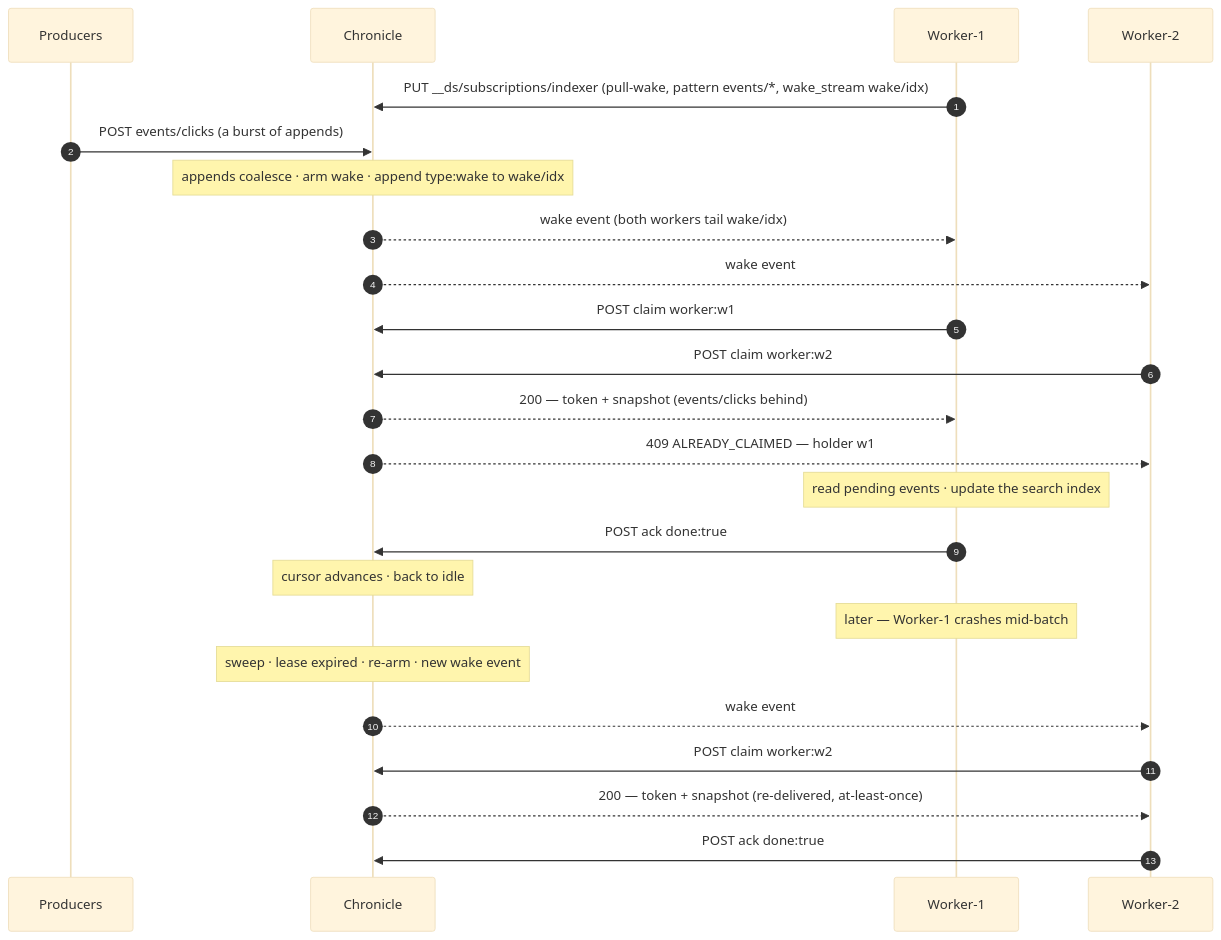
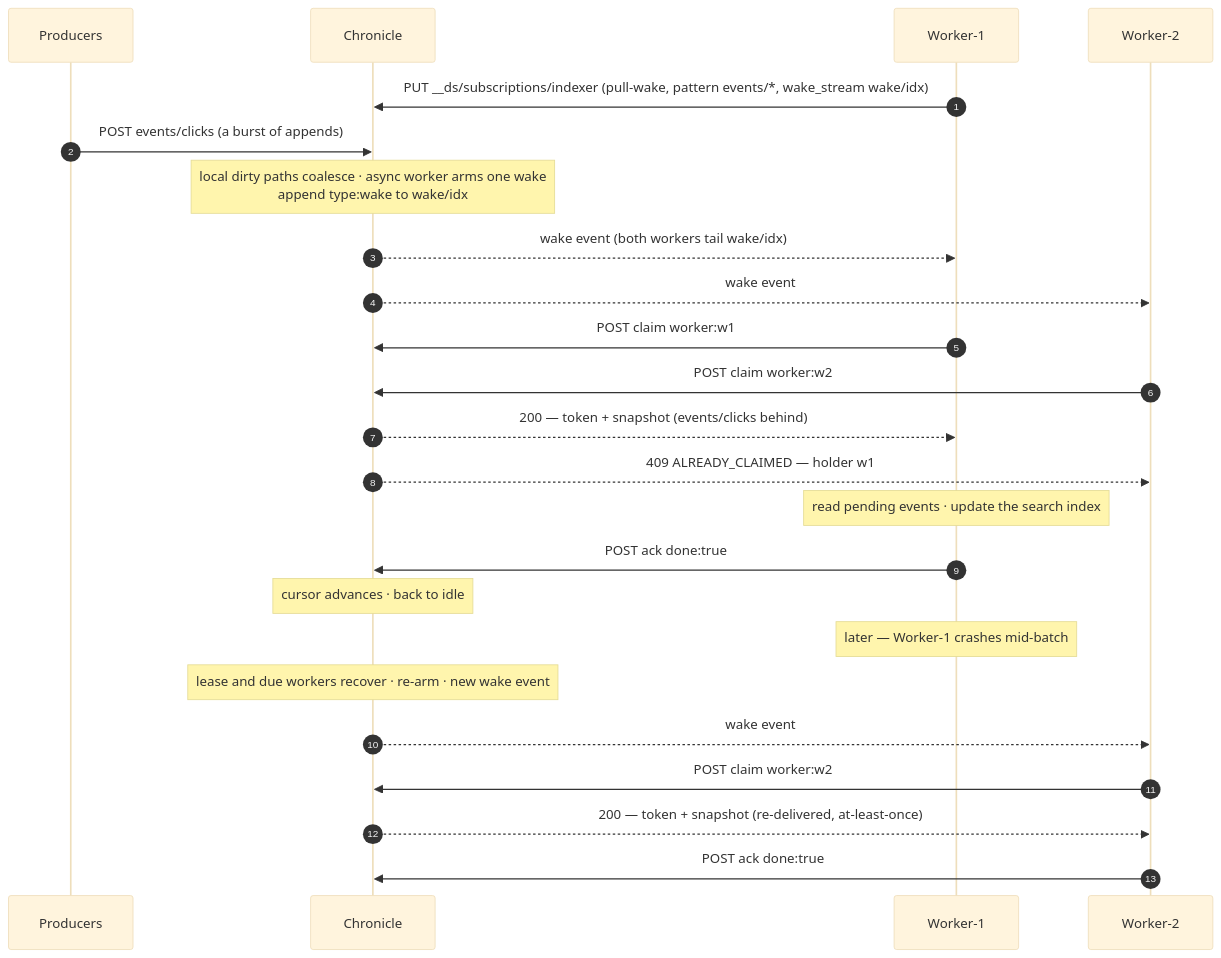
Before and after one commit to adityavkk/chronicle: the diagram in docs-site/diagrams/seq-uc-pullwake.mmd, drawn with Mermaid (base theme). The commit also changed 30 other files, not shown here.

```diff
--- a/docs-site/diagrams/seq-uc-pullwake.mmd
+++ b/docs-site/diagrams/seq-uc-pullwake.mmd
@@ -1,24 +1,24 @@
 sequenceDiagram
     autonumber
     participant P as Producers
     participant S as Chronicle
     participant W1 as Worker-1
     participant W2 as Worker-2
     W1->>S: PUT __ds/subscriptions/indexer (pull-wake, pattern events/*, wake_stream wake/idx)
     P->>S: POST events/clicks (a burst of appends)
-    Note over S: appends coalesce · arm wake · append type:wake to wake/idx
+    Note over S: local dirty paths coalesce · async worker arms one wake<br/>append type:wake to wake/idx
     S-->>W1: wake event (both workers tail wake/idx)
     S-->>W2: wake event
     W1->>S: POST claim worker:w1
     W2->>S: POST claim worker:w2
     S-->>W1: 200 — token + snapshot (events/clicks behind)
     S-->>W2: 409 ALREADY_CLAIMED — holder w1
     Note over W1: read pending events · update the search index
     W1->>S: POST ack done:true
     Note over S: cursor advances · back to idle
     Note over W1: later — Worker-1 crashes mid-batch
-    Note over S: sweep · lease expired · re-arm · new wake event
+    Note over S: lease and due workers recover · re-arm · new wake event
     S-->>W2: wake event
     W2->>S: POST claim worker:w2
     S-->>W2: 200 — token + snapshot (re-delivered, at-least-once)
     W2->>S: POST ack done:true
```
